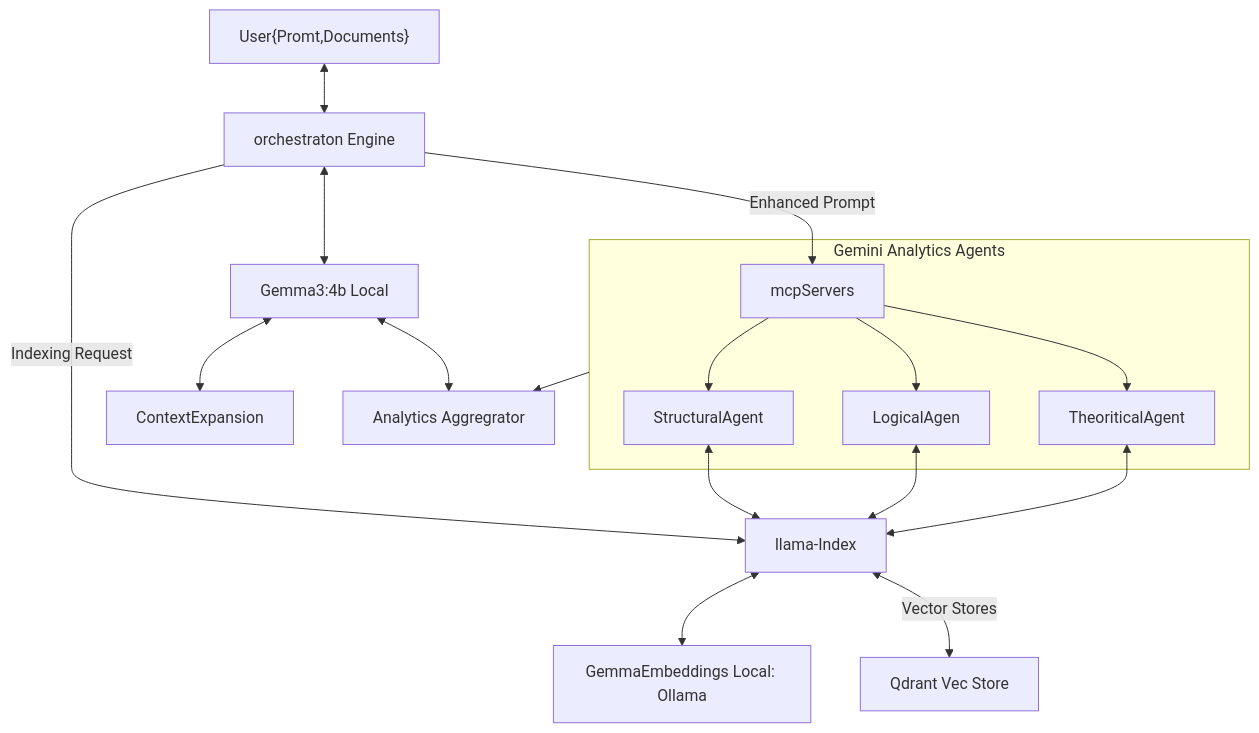
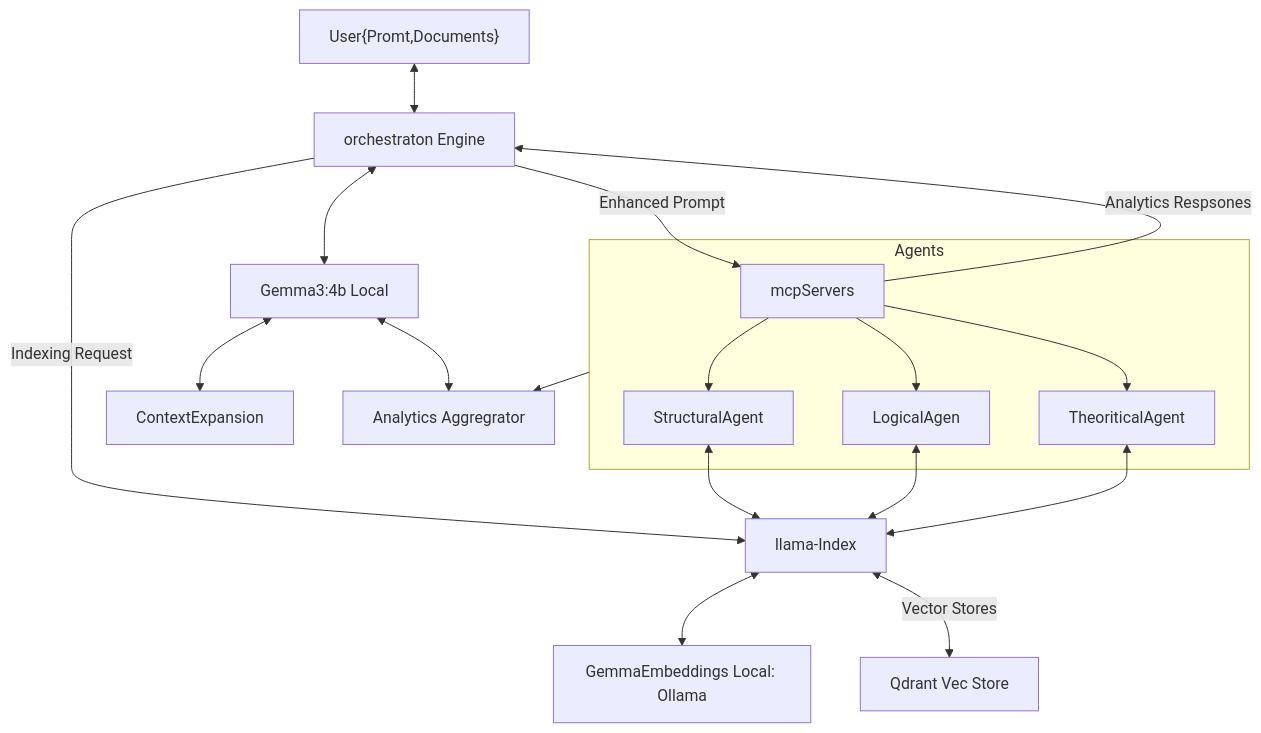
Before and after one commit to yankeygilbert/FLaap: the second of 2 diagrams in README.md, drawn with Mermaid.

Commit message:
added pipline stages

````diff
--- a/README.md
+++ b/README.md
@@ -58,24 +58,25 @@
 ```mermaid
 
     graph TD
 
     User["User{Promt,Documents}"] <--> orc["orchestraton Engine"]
     orc --> |Indexing Request|Indxing["llama-Index"]
     orc --> |Enhanced Prompt|Mcp["mcpServers"]
+    Mcp --> |Analytics Respsones| orc
     orc <--> gemma["Gemma3:4b Local"]
     gemma <--> contxtExp["ContextExpansion"]
     gemma <--> Agg["Analytics Aggregrator"]
 
-    subgraph Agents ["Gemini  Analytics Agents"]
+    subgraph Agents ["Agents"]
     Mcp --> struct["StructuralAgent"]
     Mcp --> log["LogicalAgen"]
     Mcp --> hypo["TheoriticalAgent"]
     end
 
     Indxing <-->Ollama["GemmaEmbeddings Local: Ollama"]
     Indxing <-->|Vector Stores| Qdrant["Qdrant Vec Store"]
     struct<--> Indxing
     log <--> Indxing
     hypo <--> Indxing
     Agents -->  Agg
 ```
````
